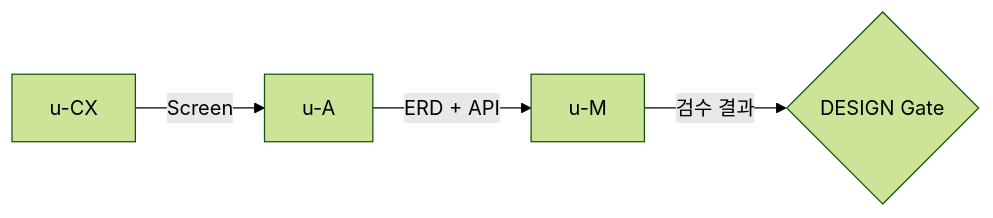
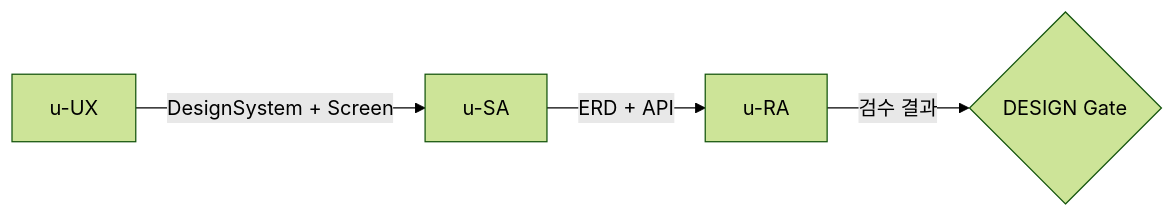
One commit to upleat-ax/u-maker-plugin changed the third of 6 diagrams in references/pdca-workflow.md. Above: the diagram before and after it, drawn with Mermaid (forest theme). The commit also changed other lines of this file and 61 other files, not shown here.

````diff
--- a/references/pdca-workflow.md
+++ b/references/pdca-workflow.md
@@ -114,6 +120,6 @@
 ```mermaid
 flowchart LR
-    CX[u-CX] -->|Screen| A[u-A]
-    A -->|ERD + API| M[u-M]
-    M -->|검수 결과| GATE{DESIGN Gate}
+    UX[u-UX] -->|DesignSystem + Screen| SA[u-SA]
+    SA -->|ERD + API| RA[u-RA]
+    RA -->|검수 결과| GATE{DESIGN Gate}
 ```
````
